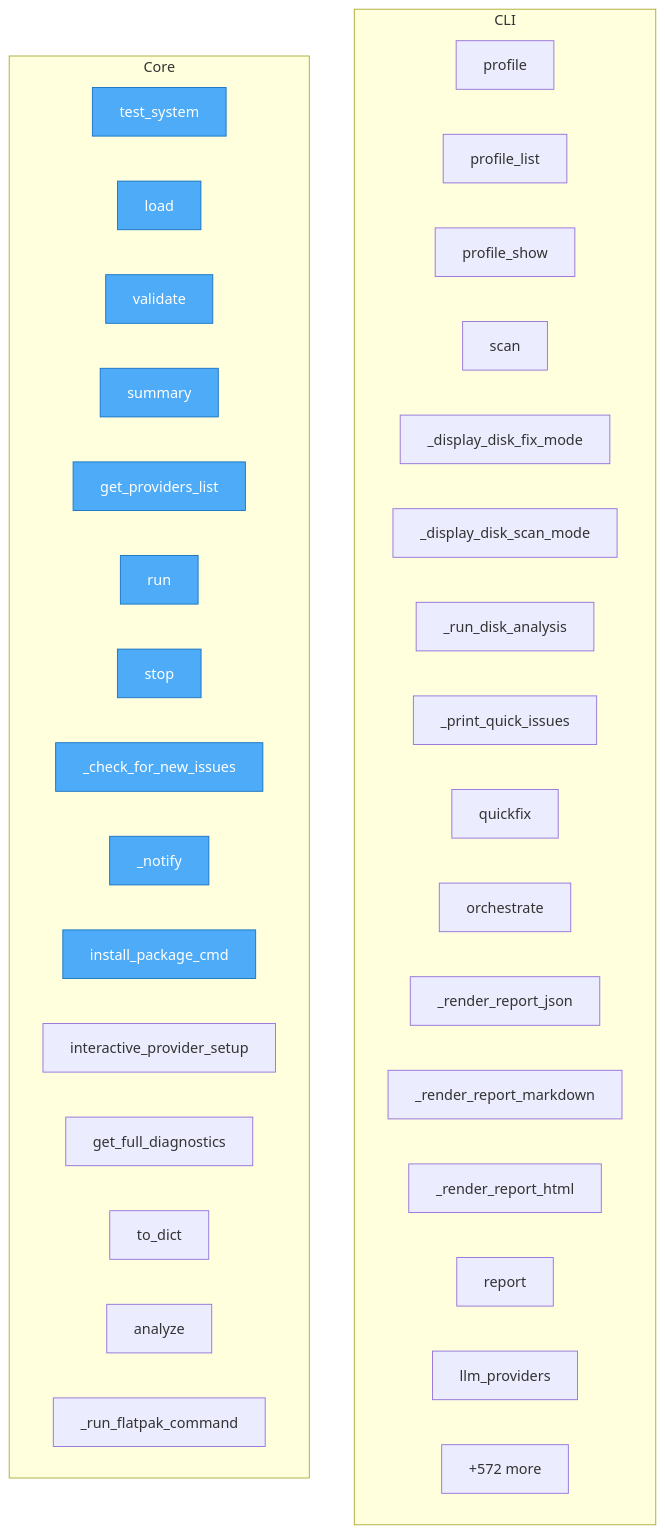
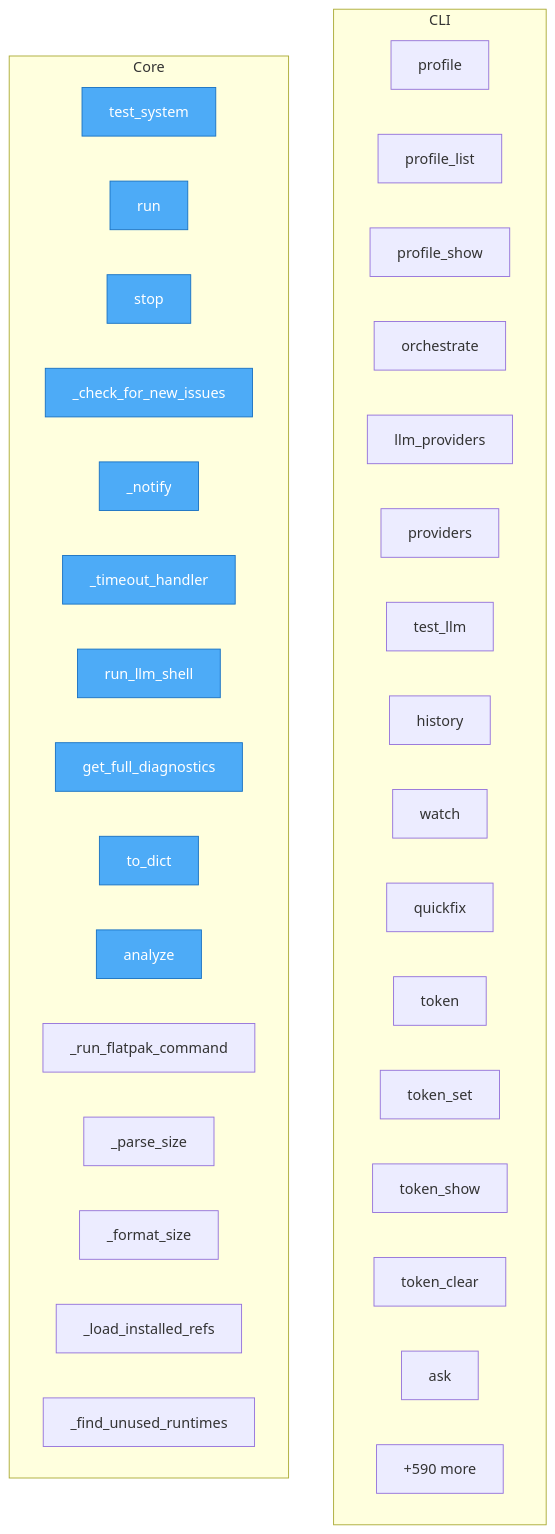
The diagram in project/flow.mmd (wronai/fixos), drawn with Mermaid before and after one commit. The commit also changed 43 other files, not shown here.

```diff
--- a/project/flow.mmd
+++ b/project/flow.mmd
@@ -1,44 +1,44 @@
 flowchart TD
 
     %% Entry points (blue)
     classDef entry fill:#4dabf7,stroke:#1971c2,color:#fff
 
     subgraph CLI
         fixos__cli__profile_cmd__profile["profile"]
         fixos__cli__profile_cmd__profile_list["profile_list"]
         fixos__cli__profile_cmd__profile_show["profile_show"]
-        fixos__cli__scan_cmd__scan["scan"]
-        fixos__cli__scan_cmd___display_disk_fix_mode["_display_disk_fix_mode"]
-        fixos__cli__scan_cmd___display_disk_scan_mode["_display_disk_scan_mode"]
-        fixos__cli__scan_cmd___run_disk_analysis["_run_disk_analysis"]
-        fixos__cli__scan_cmd___print_quick_issues["_print_quick_issues"]
+        fixos__cli__orchestrate_cmd__orchestrate["orchestrate"]
+        fixos__cli__provider_cmd__llm_providers["llm_providers"]
+        fixos__cli__provider_cmd__providers["providers"]
+        fixos__cli__provider_cmd__test_llm["test_llm"]
+        fixos__cli__history_cmd__history["history"]
+        fixos__cli__watch_cmd__watch["watch"]
         fixos__cli__quickfix_cmd__quickfix["quickfix"]
-        fixos__cli__orchestrate_cmd__orchestrate["orchestrate"]
-        fixos__cli__report_cmd___render_report_json["_render_report_json"]
-        fixos__cli__report_cmd___render_report_markdown["_render_report_markdown"]
-        fixos__cli__report_cmd___render_report_html["_render_report_html"]
-        fixos__cli__report_cmd__report["report"]
-        fixos__cli__provider_cmd__llm_providers["llm_providers"]
-        ...["+81 more"]
+        fixos__cli__token_cmd__token["token"]
+        fixos__cli__token_cmd__token_set["token_set"]
+        fixos__cli__token_cmd__token_show["token_show"]
+        fixos__cli__token_cmd__token_clear["token_clear"]
+        fixos__cli__ask_cmd__ask["ask"]
+        ...["+95 more"]
     end
 
     subgraph Core
         docker__test_multi_system__test_system["test_system"]
-        fixos__config__FixOsConfig__load["load"]
-        fixos__config__FixOsConfig__validate["validate"]
-        fixos__config__FixOsConfig__summary["summary"]
-        fixos__config__get_providers_list["get_providers_list"]
         fixos__watch__WatchDaemon__run["run"]
         fixos__watch__WatchDaemon__stop["stop"]
         fixos__watch__WatchDaemon___check_for_new_issues["_check_for_new_issues"]
         fixos__watch__WatchDaemon___notify["_notify"]
-        fixos__platform_utils__install_package_cmd["install_package_cmd"]
-        fixos__config_interactive__interactive_provider_setup["interactive_provider_setup"]
+        fixos__llm_shell___timeout_handler["_timeout_handler"]
+        fixos__llm_shell__run_llm_shell["run_llm_shell"]
         fixos__diagnostics__system_checks__get_full_diagnostics["get_full_diagnostics"]
         fixos__diagnostics__flatpak_analyzer__FlatpakItemInfo__to_dict["to_dict"]
         fixos__diagnostics__flatpak_analyzer__FlatpakAnalyzer__analyze["analyze"]
         fixos__diagnostics__flatpak_analyzer__FlatpakAnalyzer___run_flatpak_command["_run_flatpak_command"]
-        ...["+572 more"]
+        fixos__diagnostics__flatpak_analyzer__FlatpakAnalyzer___parse_size["_parse_size"]
+        fixos__diagnostics__flatpak_analyzer__FlatpakAnalyzer___format_size["_format_size"]
+        fixos__diagnostics__flatpak_analyzer__FlatpakAnalyzer___load_installed_refs["_load_installed_refs"]
+        fixos__diagnostics__flatpak_analyzer__FlatpakAnalyzer___find_unused_runtimes["_find_unused_runtimes"]
+        ...["+590 more"]
     end
 
-    class docker__test_multi_system__test_system,fixos__config__FixOsConfig__load,fixos__config__FixOsConfig__validate,fixos__config__FixOsConfig__summary,fixos__config__get_providers_list,fixos__watch__WatchDaemon__run,fixos__watch__WatchDaemon__stop,fixos__watch__WatchDaemon___check_for_new_issues,fixos__watch__WatchDaemon___notify,fixos__platform_utils__install_package_cmd entry
+    class docker__test_multi_system__test_system,fixos__watch__WatchDaemon__run,fixos__watch__WatchDaemon__stop,fixos__watch__WatchDaemon___check_for_new_issues,fixos__watch__WatchDaemon___notify,fixos__llm_shell___timeout_handler,fixos__llm_shell__run_llm_shell,fixos__diagnostics__system_checks__get_full_diagnostics,fixos__diagnostics__flatpak_analyzer__FlatpakItemInfo__to_dict,fixos__diagnostics__flatpak_analyzer__FlatpakAnalyzer__analyze entry
```
